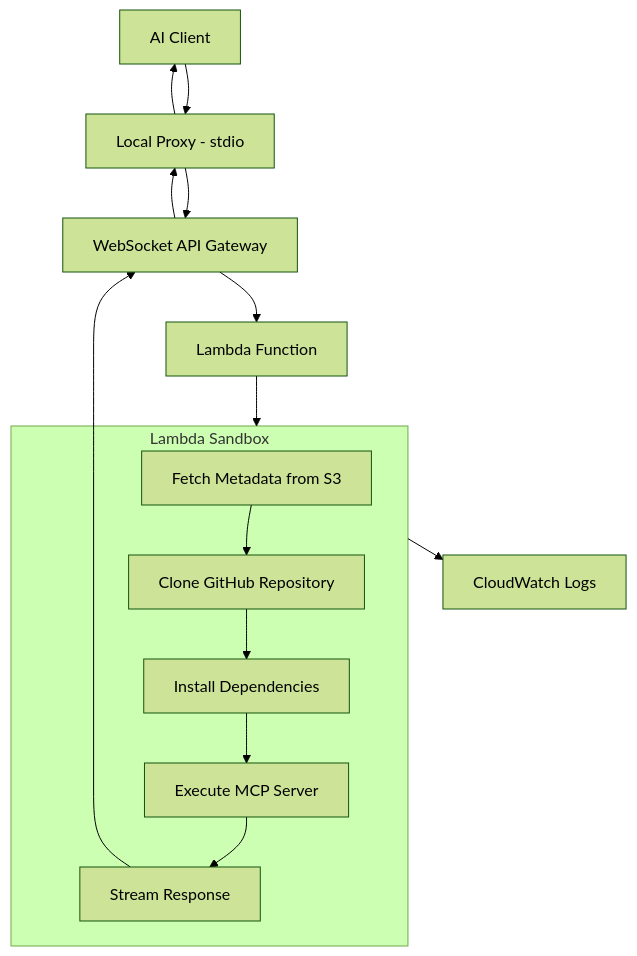
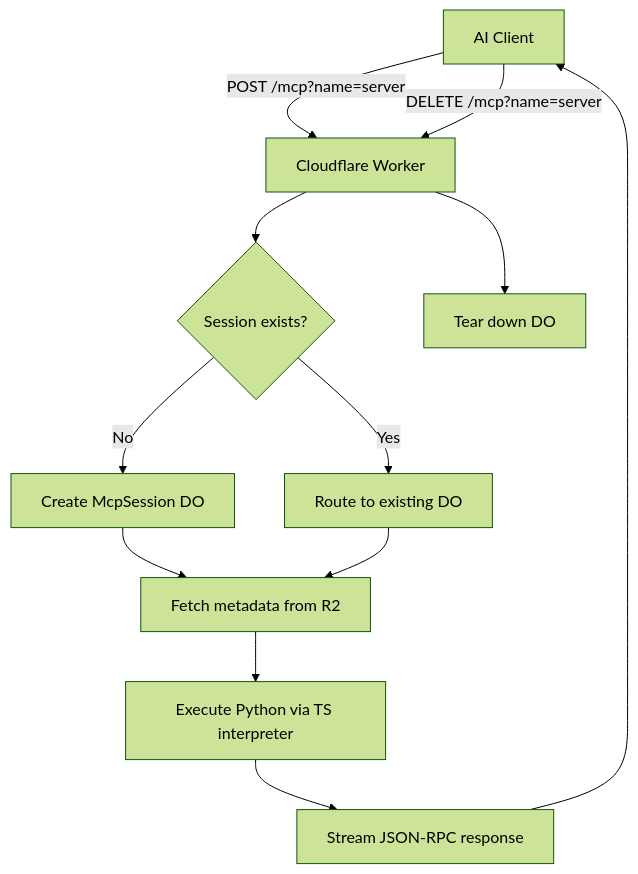
One commit to areebahmeddd/SuperBox-FE changed the diagram in docs/concepts/sandboxes.mdx. Above: the diagram before and after it, drawn with Mermaid (forest theme). The commit also changed other lines of this file and 43 other files, not shown here.

````diff
--- a/docs/concepts/sandboxes.mdx
+++ b/docs/concepts/sandboxes.mdx
@@ -29,22 +28,14 @@
-  ```mermaid
-  graph TD
-      A[AI Client] --> B[Local Proxy - stdio]
-      B --> C[WebSocket API Gateway]
-      C --> D[Lambda Function]
-      D --> E[Sandbox Environment]
-      
-      subgraph E[Lambda Sandbox]
-          F[Fetch Metadata from S3]
-          G[Clone GitHub Repository]
-          H[Install Dependencies]
-          I[Execute MCP Server]
-          J[Stream Response]
-          
-          F --> G --> H --> I --> J
-      end
-      
-      E --> K[CloudWatch Logs]
-      J --> C
-      C --> B
-      B --> A
-  ```
+```mermaid
+graph TD
+ A[AI Client] -->|POST /mcp?name=server| B[Cloudflare Worker]
+ B --> C{Session exists?}
+ C -->|No| D[Create McpSession DO]
+ C -->|Yes| E[Route to existing DO]
+ D --> F[Fetch metadata from R2]
+ E --> F
+ F --> G[Execute Python via TS interpreter]
+ G --> H[Stream JSON-RPC response]
+ H --> A
+ A -->|DELETE /mcp?name=server| B
+ B --> I[Tear down DO]
+```
````
